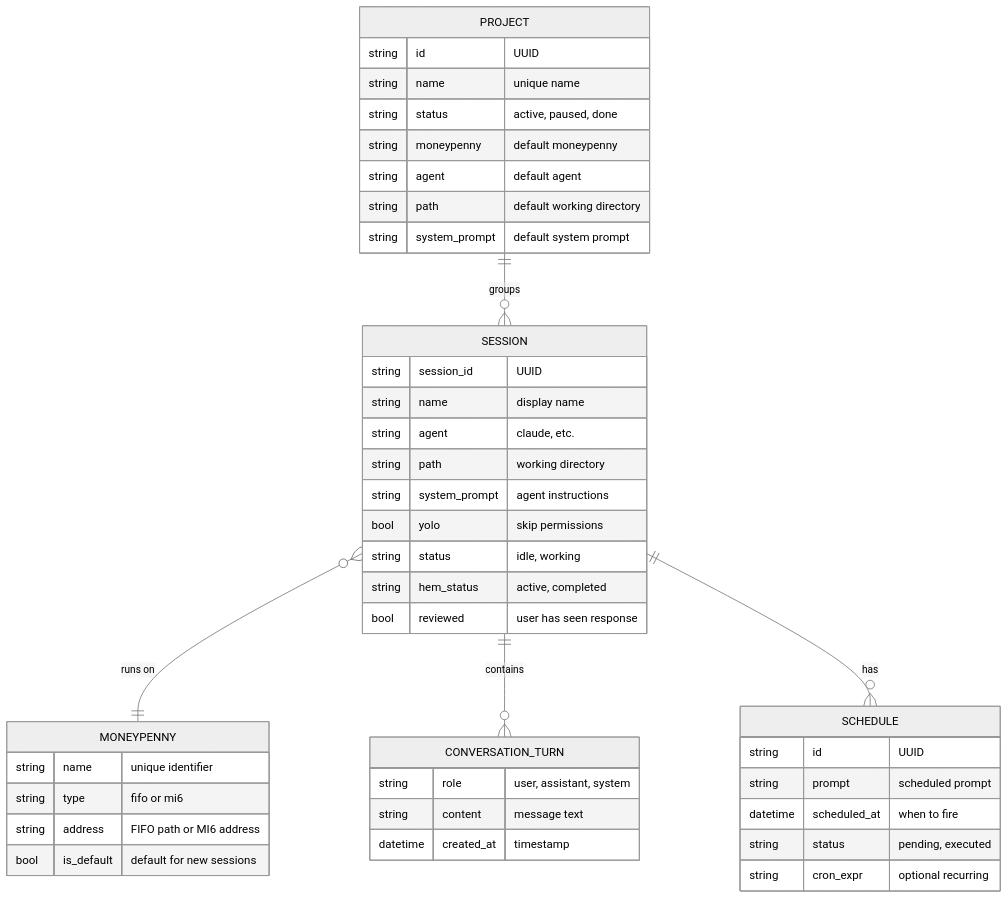
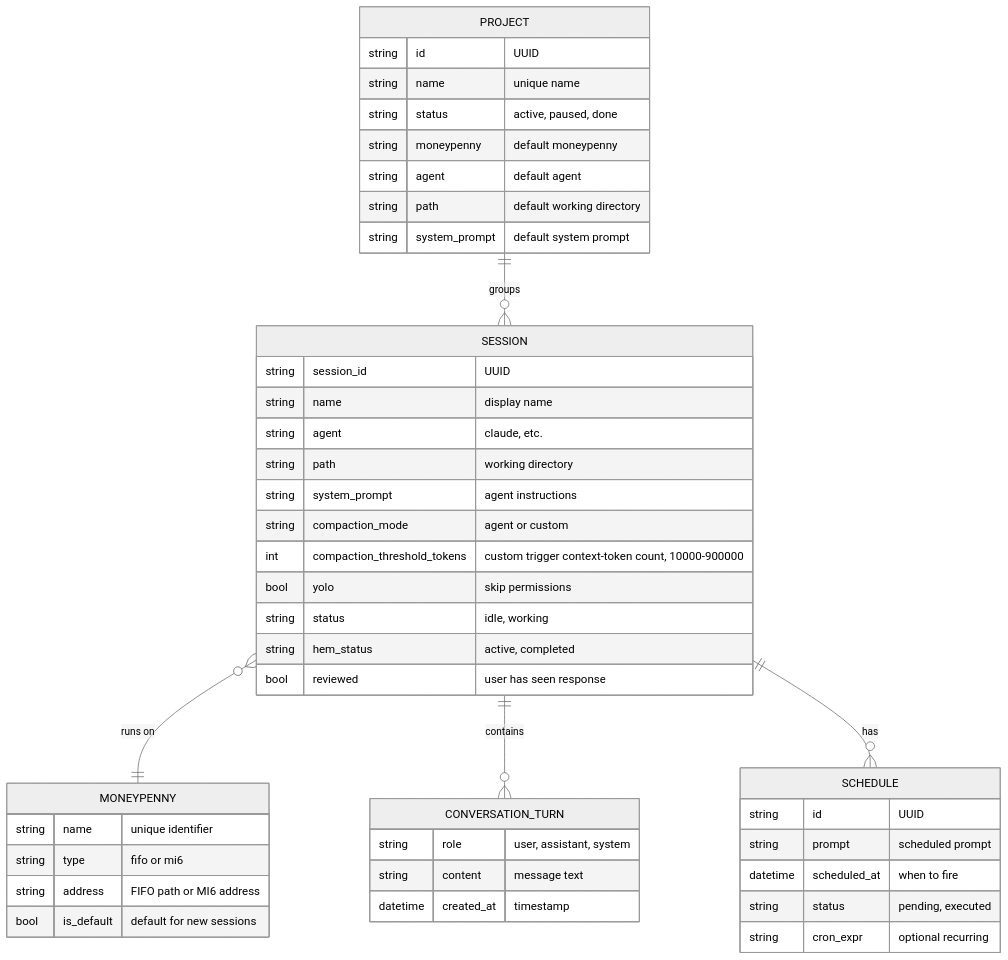
The second of 2 diagrams in SPEC.md (cfe84/james), drawn with Mermaid (neutral theme) before and after one commit. The commit also changed other lines of this file and 27 other files, not shown here.

First line of the commit message:
feat: add configurable custom compaction threshold

````diff
--- a/SPEC.md
+++ b/SPEC.md
@@ -64,50 +64,52 @@
 ```mermaid
 erDiagram
     PROJECT ||--o{ SESSION : "groups"
     SESSION }o--|| MONEYPENNY : "runs on"
     SESSION ||--o{ CONVERSATION_TURN : "contains"
     SESSION ||--o{ SCHEDULE : "has"
 
     MONEYPENNY {
         string name "unique identifier"
         string type "fifo or mi6"
         string address "FIFO path or MI6 address"
         bool is_default "default for new sessions"
     }
 
     PROJECT {
         string id "UUID"
         string name "unique name"
         string status "active, paused, done"
         string moneypenny "default moneypenny"
         string agent "default agent"
         string path "default working directory"
         string system_prompt "default system prompt"
     }
 
     SESSION {
         string session_id "UUID"
         string name "display name"
         string agent "claude, etc."
         string path "working directory"
         string system_prompt "agent instructions"
+        string compaction_mode "agent or custom"
+        int compaction_threshold_tokens "custom trigger context-token count, 10000-900000"
         bool yolo "skip permissions"
         string status "idle, working"
         string hem_status "active, completed"
         bool reviewed "user has seen response"
     }
 
     CONVERSATION_TURN {
         string role "user, assistant, system"
         string content "message text"
         datetime created_at "timestamp"
     }
 
     SCHEDULE {
         string id "UUID"
         string prompt "scheduled prompt"
         datetime scheduled_at "when to fire"
         string status "pending, executed"
         string cron_expr "optional recurring"
     }
 ```
````
